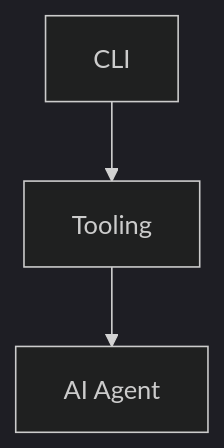
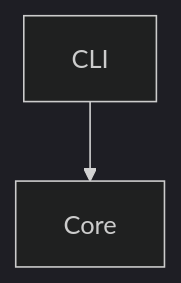
The diagram in docs/architecture.md (mohamedredachakir/Reo-Agent), drawn with Mermaid (dark theme) before and after one commit.

Commit message:
docs: add architecture diagram placeholder

````diff
--- a/docs/architecture.md
+++ b/docs/architecture.md
@@ -3,5 +3,4 @@
 ```mermaid
 graph TD;
-    A[CLI] --> B[Tooling];
-    B --> C[AI Agent];
+    CLI --> Core;
 ```
````
